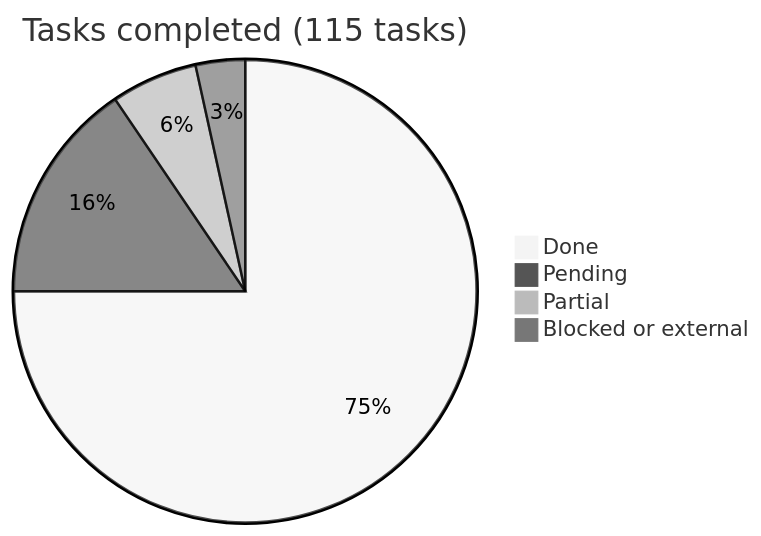
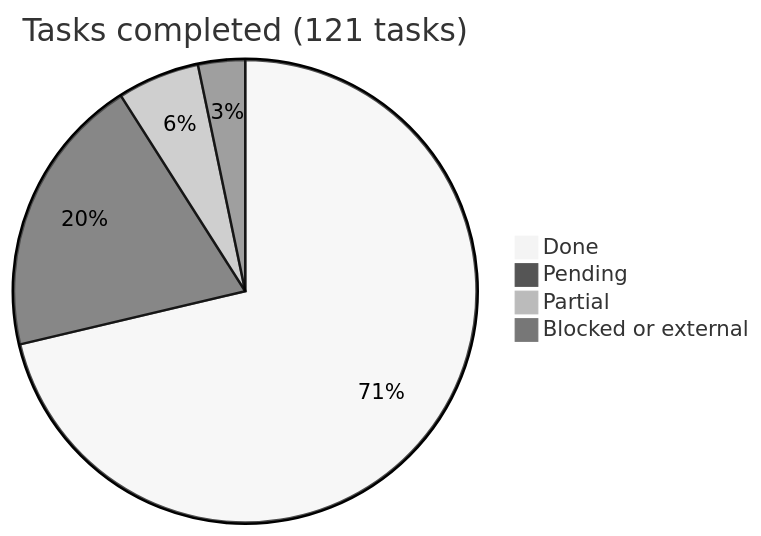
Before and after one commit to araguaney-lat/araguaney-app: the diagram in docs/roadmap/README.md, drawn with Mermaid (neutral theme). The commit also changed other lines of this file and 1 other file, not shown here.

````diff
--- a/docs/roadmap/README.md
+++ b/docs/roadmap/README.md
@@ -16,7 +16,7 @@
 ```mermaid
-pie title Tasks completed (115 tasks)
+pie title Tasks completed (121 tasks)
     "Done" : 87
-    "Pending" : 18
+    "Pending" : 24
     "Partial" : 7
     "Blocked or external" : 4
 ```
````
